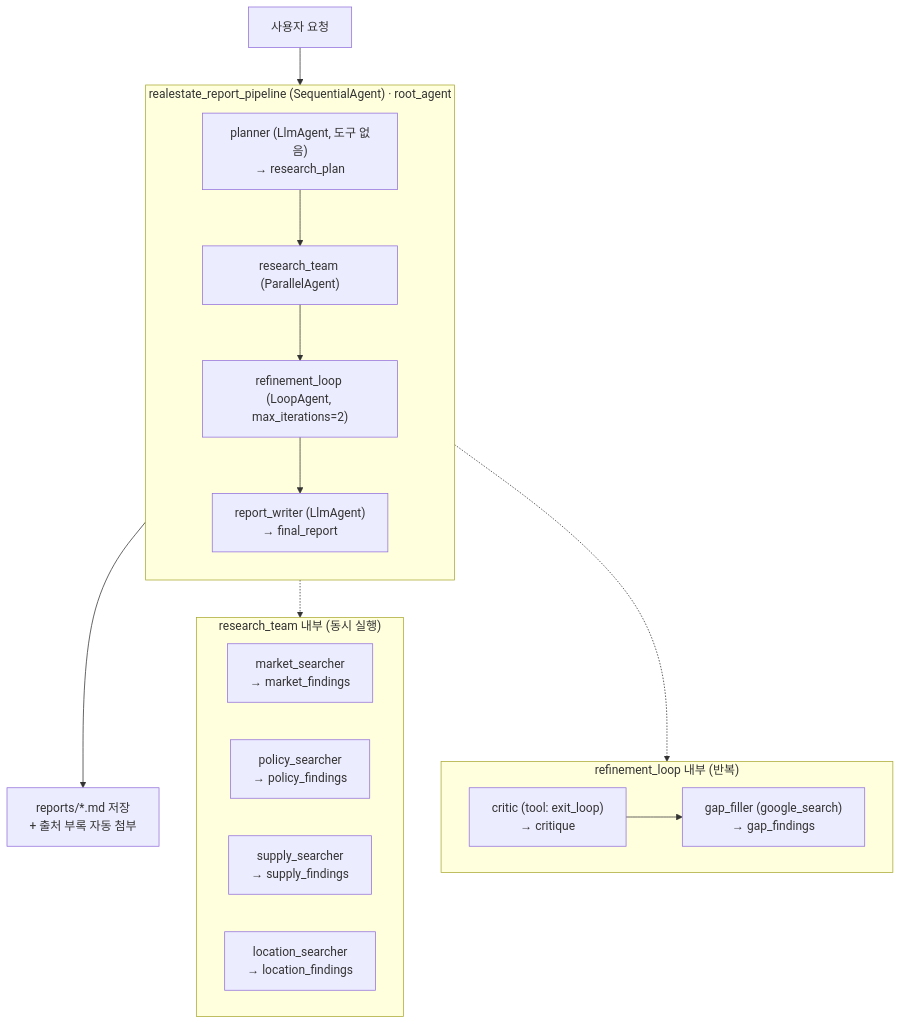
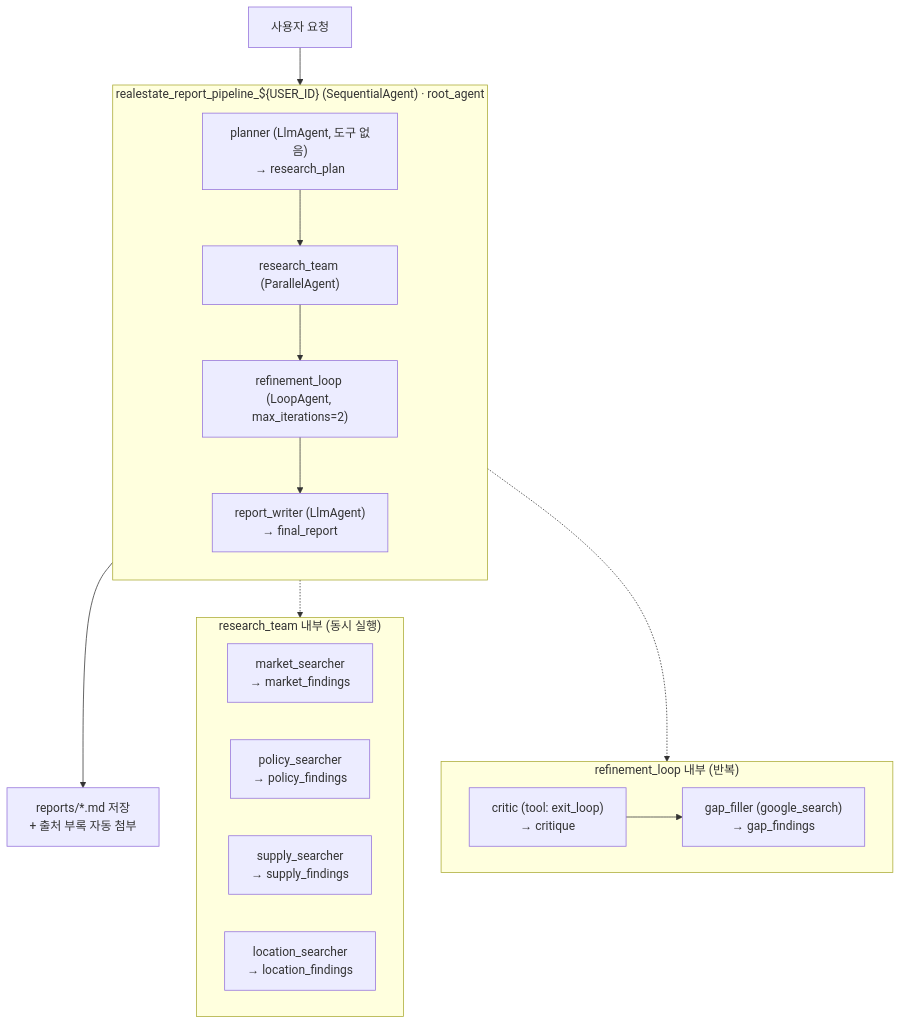
One commit to shins777/antigravity_lab changed the seventh of 10 diagrams in agy_lab/build_agent/custom_agent.md. Above: the diagram before and after it, drawn with Mermaid. The commit also changed other lines of this file, not shown here.

First line of the commit message:
docs(build-agent): update custom_agent.md with USER_ID convention and Agent Engine model config

````diff
--- a/agy_lab/build_agent/custom_agent.md
+++ b/agy_lab/build_agent/custom_agent.md
@@ -1602,32 +1620,32 @@
 ```mermaid
 flowchart TD
     U["사용자 요청"] --> ROOT
 
-    subgraph ROOT["realestate_report_pipeline (SequentialAgent) · root_agent"]
+    subgraph ROOT["realestate_report_pipeline_${USER_ID} (SequentialAgent) · root_agent"]
       direction TB
       P["planner (LlmAgent, 도구 없음)<br/>→ research_plan"]
       RT["research_team (ParallelAgent)"]
       RL["refinement_loop (LoopAgent, max_iterations=2)"]
       W["report_writer (LlmAgent)<br/>→ final_report"]
       P --> RT --> RL --> W
     end
 
     subgraph RT2["research_team 내부 (동시 실행)"]
       direction LR
       M["market_searcher<br/>→ market_findings"]
       PO["policy_searcher<br/>→ policy_findings"]
       S["supply_searcher<br/>→ supply_findings"]
       L["location_searcher<br/>→ location_findings"]
     end
 
     subgraph RL2["refinement_loop 내부 (반복)"]
       direction LR
       C["critic (tool: exit_loop)<br/>→ critique"]
       G["gap_filler (google_search)<br/>→ gap_findings"]
       C --> G
     end
 
     RT -.-> RT2
     RL -.-> RL2
     W --> F["reports/*.md 저장<br/>+ 출처 부록 자동 첨부"]
 ```
````
